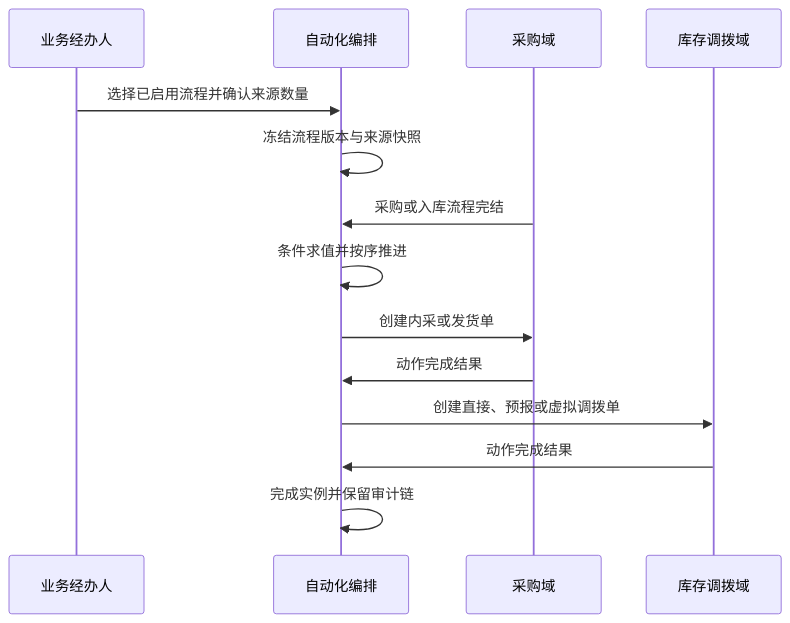
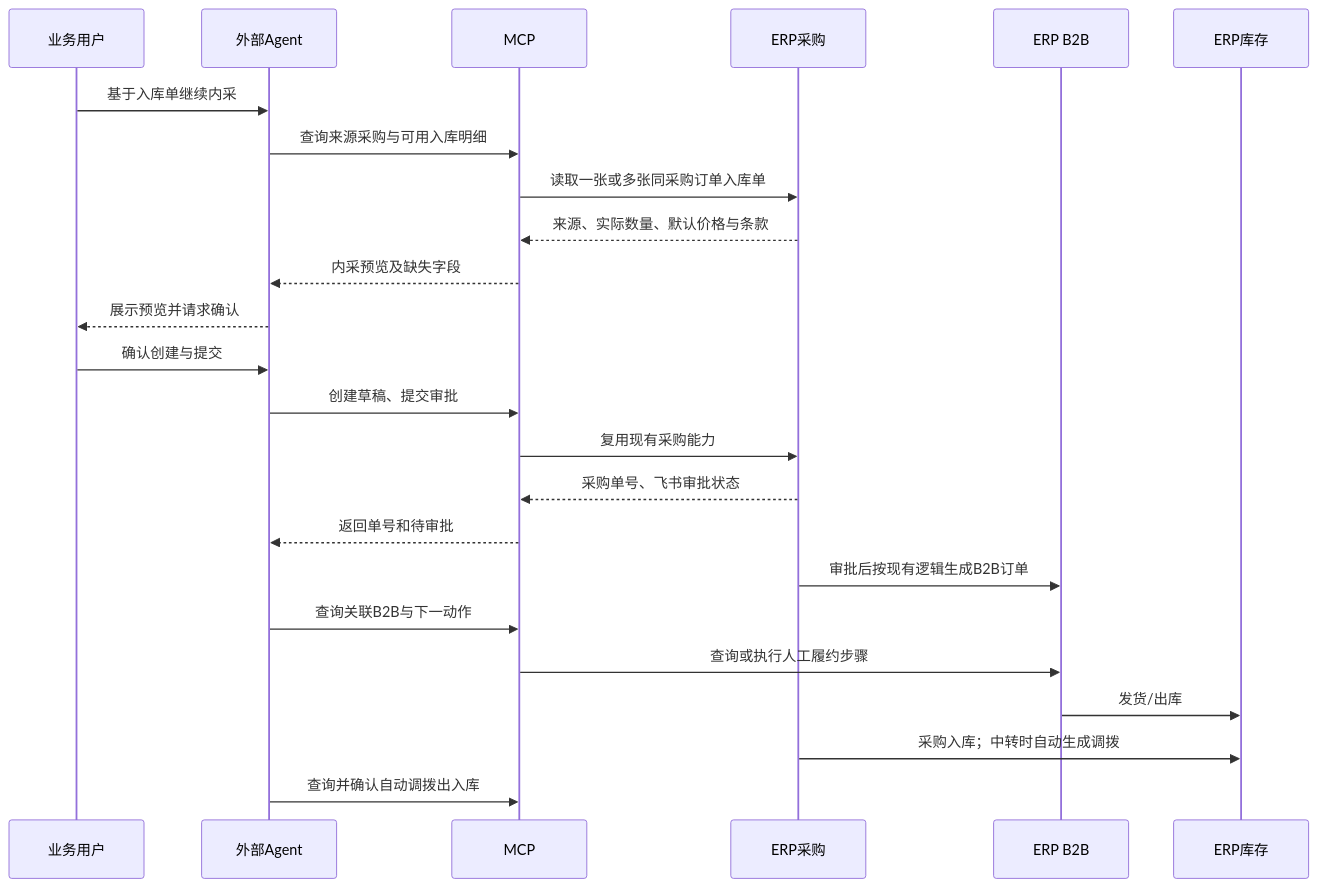
One commit to arlo-hello/erp-ai-docs-arlo changed the second of 2 diagrams in docs/v0.28.7/tasks/0205/product-plan.md. Above: the diagram before and after it, drawn with Mermaid. The commit also changed other lines of this file and 9 other files, not shown here.

````diff
--- a/docs/v0.28.7/tasks/0205/product-plan.md
+++ b/docs/v0.28.7/tasks/0205/product-plan.md
@@ -28,16 +64,26 @@
 ```mermaid
 sequenceDiagram
-  participant U as 业务经办人
-  participant A as 自动化编排
-  participant P as 采购域
-  participant I as 库存调拨域
-  U->>A: 选择已启用流程并确认来源数量
-  A->>A: 冻结流程版本与来源快照
-  P->>A: 采购或入库流程完结
-  A->>A: 条件求值并按序推进
-  A->>P: 创建内采或发货单
-  P->>A: 动作完成结果
-  A->>I: 创建直接、预报或虚拟调拨单
-  I->>A: 动作完成结果
-  A->>A: 完成实例并保留审计链
+  participant U as 业务用户
+  participant A as 外部Agent
+  participant M as MCP
+  participant P as ERP采购
+  participant B as ERP B2B
+  participant I as ERP库存
+  U->>A: 基于入库单继续内采
+  A->>M: 查询来源采购与可用入库明细
+  M->>P: 读取一张或多张同采购订单入库单
+  P-->>M: 来源、实际数量、默认价格与条款
+  M-->>A: 内采预览及缺失字段
+  A-->>U: 展示预览并请求确认
+  U->>A: 确认创建与提交
+  A->>M: 创建草稿、提交审批
+  M->>P: 复用现有采购能力
+  P-->>M: 采购单号、飞书审批状态
+  M-->>A: 返回单号和待审批
+  P->>B: 审批后按现有逻辑生成B2B订单
+  A->>M: 查询关联B2B与下一动作
+  M->>B: 查询或执行人工履约步骤
+  B->>I: 发货/出库
+  P->>I: 采购入库；中转时自动生成调拨
+  A->>M: 查询并确认自动调拨出入库
 ```
````
